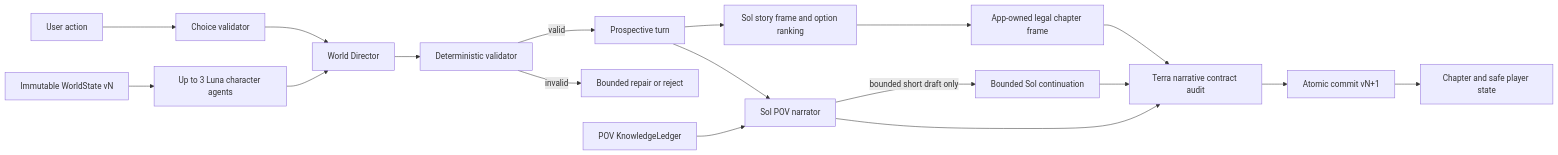
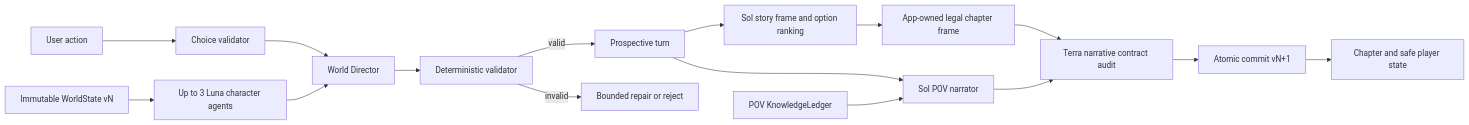
One commit to shivam-g10/infinite-litrpg changed the diagram in docs/ARCHITECTURE.md. Above: the diagram before and after it, drawn with Mermaid. The commit also changed other lines of this file and 55 other files, not shown here.

````diff
--- a/docs/ARCHITECTURE.md
+++ b/docs/ARCHITECTURE.md
@@ -7,20 +7,18 @@
 ```mermaid
 flowchart LR
     U["User action"] --> P["Choice validator"]
     S["Immutable WorldState vN"] --> A["Up to 3 Luna character agents"]
     P --> D["World Director"]
     A --> D
     D --> V["Deterministic validator"]
     V -->|valid| T["Prospective turn"]
     V -->|invalid| R["Bounded repair or reject"]
     T --> F["Sol story frame and option ranking"]
     F --> G["App-owned legal chapter frame"]
     T --> N["Sol POV narrator"]
     K["POV KnowledgeLedger"] --> N
-    N -->|bounded short draft only| L["Bounded Sol continuation"]
-    L --> Q["Terra narrative contract audit"]
     G --> Q
     N --> Q["Terra narrative contract audit"]
     Q --> C["Atomic commit vN+1"]
     C --> H["Chapter and safe player state"]
 ```
````
